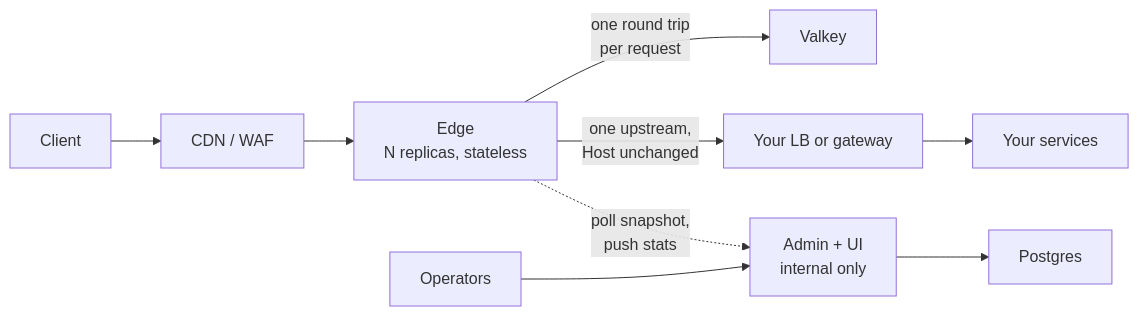
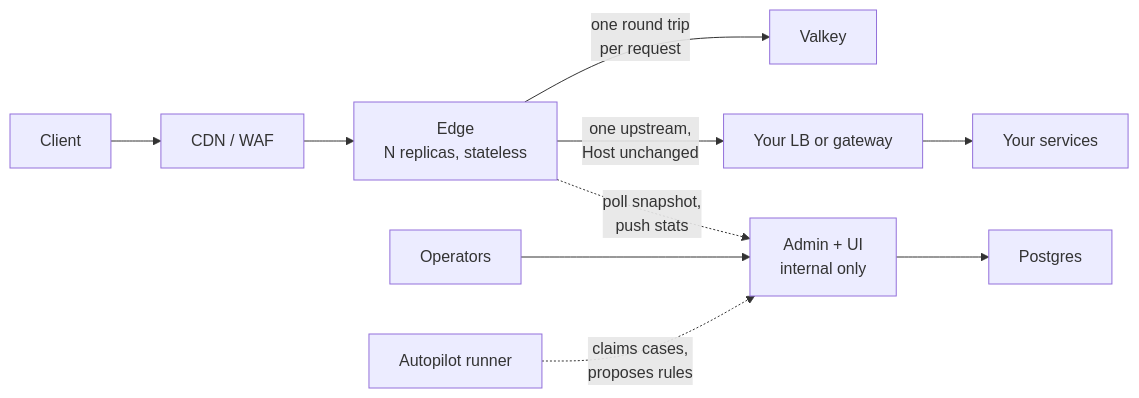
Before and after one commit to chrisleekr/edge-proxy: the diagram in docs/index.md, drawn with Mermaid. The commit also changed other lines of this file and 65 other files, not shown here.

Commit message:
feat(ui): add autopilot, memory, notifications, find and client pages to the admin UI (#18)

````diff
--- a/docs/index.md
+++ b/docs/index.md
@@ -29,11 +30,12 @@
 ```mermaid
 flowchart LR
     Client["Client"] --> Front["CDN / WAF"]
     Front --> Edge["Edge<br/>N replicas, stateless"]
     Edge -->|"one round trip<br/>per request"| Valkey["Valkey"]
     Edge -->|"one upstream,<br/>Host unchanged"| LB["Your LB or gateway"]
     LB --> Services["Your services"]
     Edge -.->|"poll snapshot,<br/>push stats"| Admin["Admin + UI<br/>internal only"]
     Admin --> Postgres["Postgres"]
     Operator["Operators"] --> Admin
+    Runner["Autopilot runner"] -.->|"claims cases,<br/>proposes rules"| Admin
 ```
````
